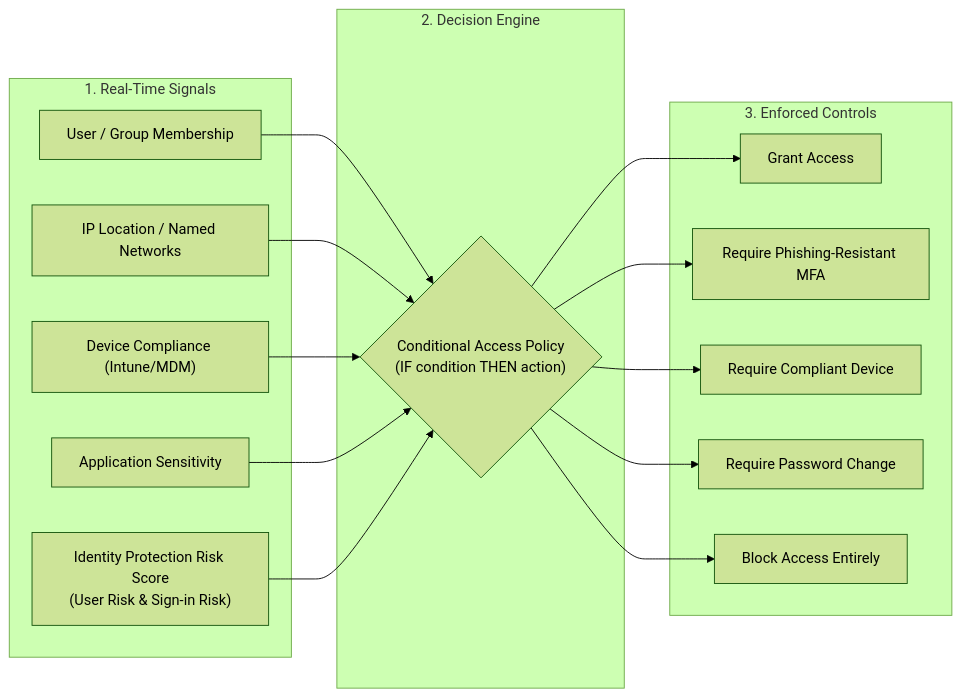
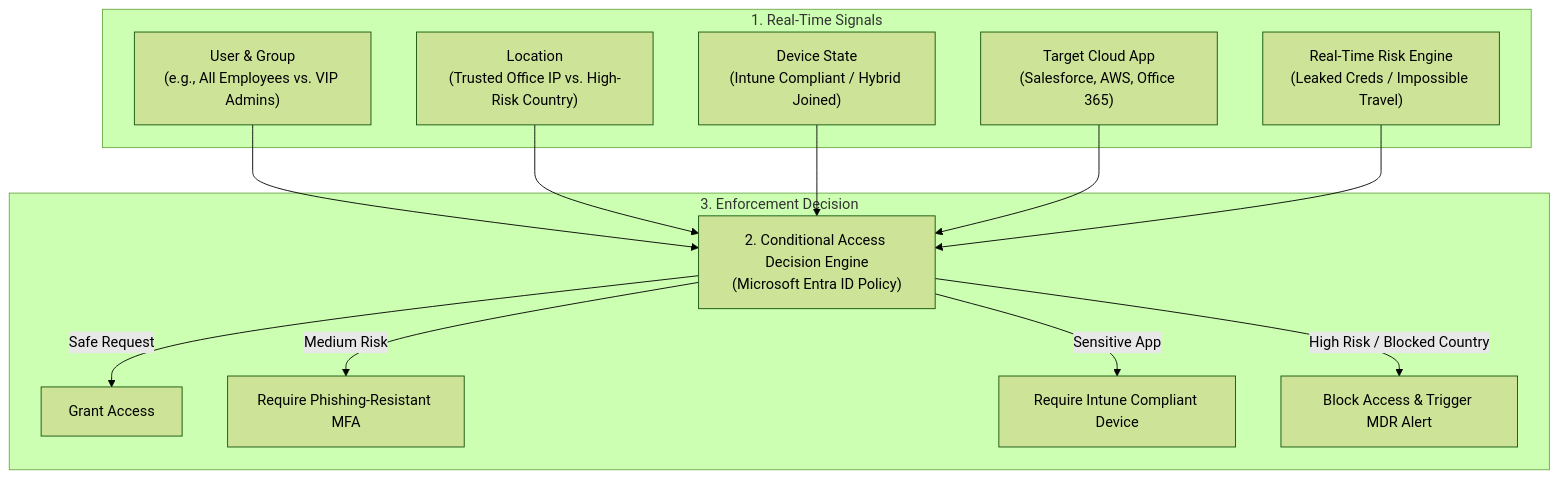
The first of 2 diagrams in IAM/03_Technologies_and_Protocols/05_Microsoft_Entra_ID_and_Conditional_Access.md (varunks04/CBS-Roleplay), drawn with Mermaid (forest theme) before and after one commit. The commit also changed other lines of this file and 37 other files, not shown here.

````diff
--- a/IAM/03_Technologies_and_Protocols/05_Microsoft_Entra_ID_and_Conditional_Access.md
+++ b/IAM/03_Technologies_and_Protocols/05_Microsoft_Entra_ID_and_Conditional_Access.md
@@ -21,25 +27,19 @@
 ```mermaid
-flowchart LR
+flowchart TD
     subgraph "1. Real-Time Signals"
-        S1["User / Group Membership"]
-        S2["IP Location / Named Networks"]
-        S3["Device Compliance (Intune/MDM)"]
-        S4["Application Sensitivity"]
-        S5["Identity Protection Risk Score<br>(User Risk & Sign-in Risk)"]
+        S1["User & Group<br/>(e.g., All Employees vs. VIP Admins)"]
+        S2["Location<br/>(Trusted Office IP vs. High-Risk Country)"]
+        S3["Device State<br/>(Intune Compliant / Hybrid Joined)"]
+        S4["Target Cloud App<br/>(Salesforce, AWS, Office 365)"]
+        S5["Real-Time Risk Engine<br/>(Leaked Creds / Impossible Travel)"]
     end
 
-    subgraph "2. Decision Engine"
-        PDP{"Conditional Access Policy<br>(IF condition THEN action)"}
+    S1 & S2 & S3 & S4 & S5 --> CA["2. Conditional Access Decision Engine<br/>(Microsoft Entra ID Policy)"]
+
+    subgraph "3. Enforcement Decision"
+        CA -->|Safe Request| E1["Grant Access"]
+        CA -->|Medium Risk| E2["Require Phishing-Resistant MFA"]
+        CA -->|Sensitive App| E3["Require Intune Compliant Device"]
+        CA -->|High Risk / Blocked Country| E4["Block Access & Trigger MDR Alert"]
     end
-
-    subgraph "3. Enforced Controls"
-        E1["Grant Access"]
-        E2["Require Phishing-Resistant MFA"]
-        E3["Require Compliant Device"]
-        E4["Require Password Change"]
-        E5["Block Access Entirely"]
-    end
-
-    S1 & S2 & S3 & S4 & S5 --> PDP
-    PDP --> E1 & E2 & E3 & E4 & E5
 ```
````
